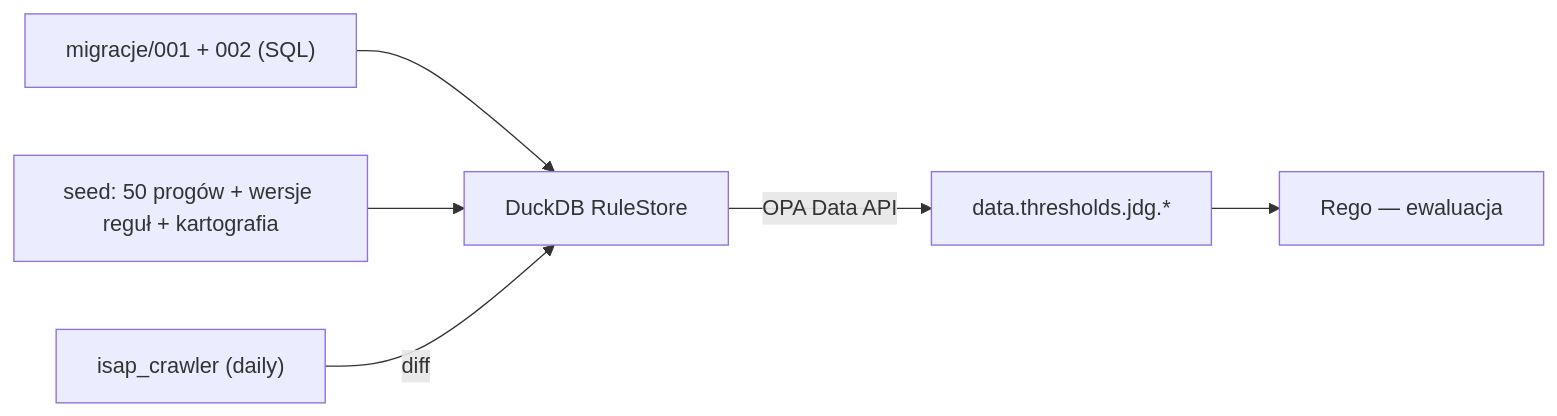
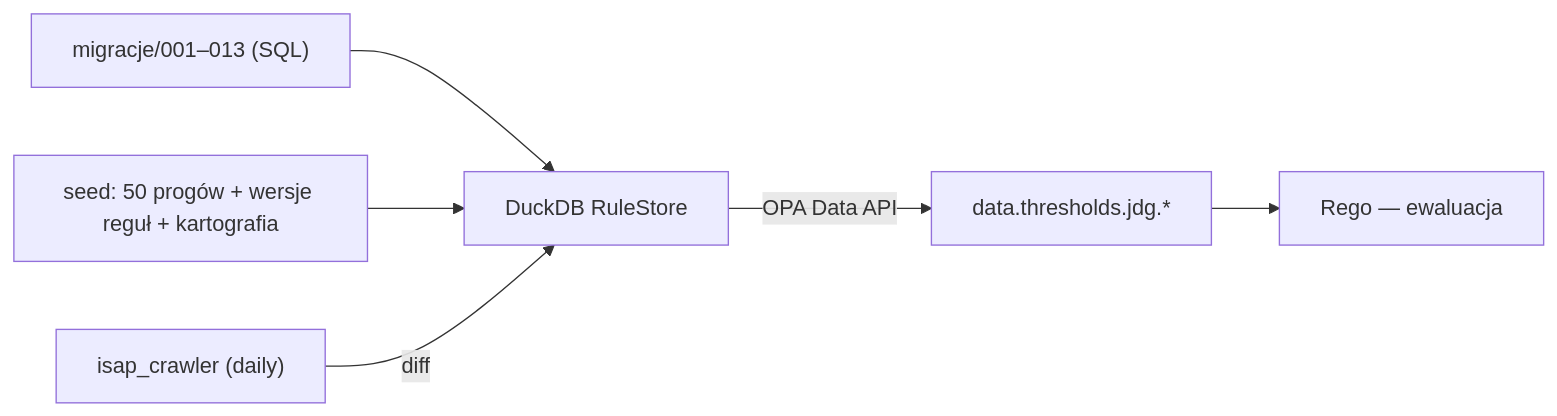
One commit to Gorski-Maciej/NexusAI changed the second of 2 diagrams in JDG/docs/STRUKTURA_PROJEKTU.md. Above: the diagram before and after it, drawn with Mermaid. The commit also changed other lines of this file and 55 other files, not shown here.

````diff
--- a/JDG/docs/STRUKTURA_PROJEKTU.md
+++ b/JDG/docs/STRUKTURA_PROJEKTU.md
@@ -482,8 +512,8 @@
 ```mermaid
 flowchart LR
-    MIG["migracje/001 + 002 (SQL)"] --> DUCK["DuckDB RuleStore"]
+    MIG["migracje/001–013 (SQL)"] --> DUCK["DuckDB RuleStore"]
     SEED["seed: 50 progów + wersje reguł + kartografia"] --> DUCK
     DUCK -->|OPA Data API| DATA["data.thresholds.jdg.*"]
     DATA --> REGO["Rego — ewaluacja"]
     ISAP["isap_crawler (daily)"] -->|diff| DUCK
 ```
````
